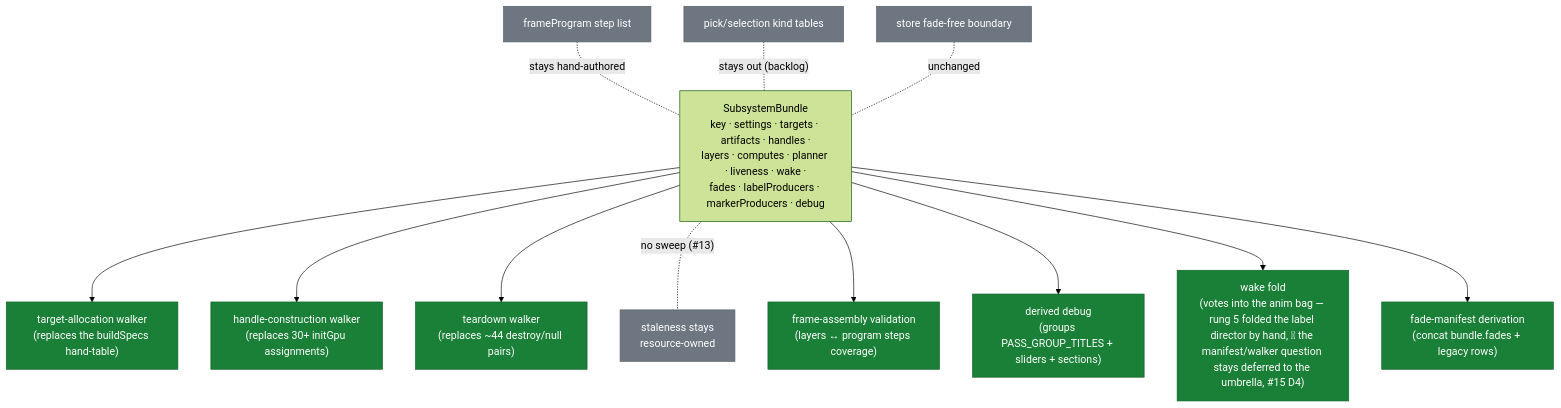
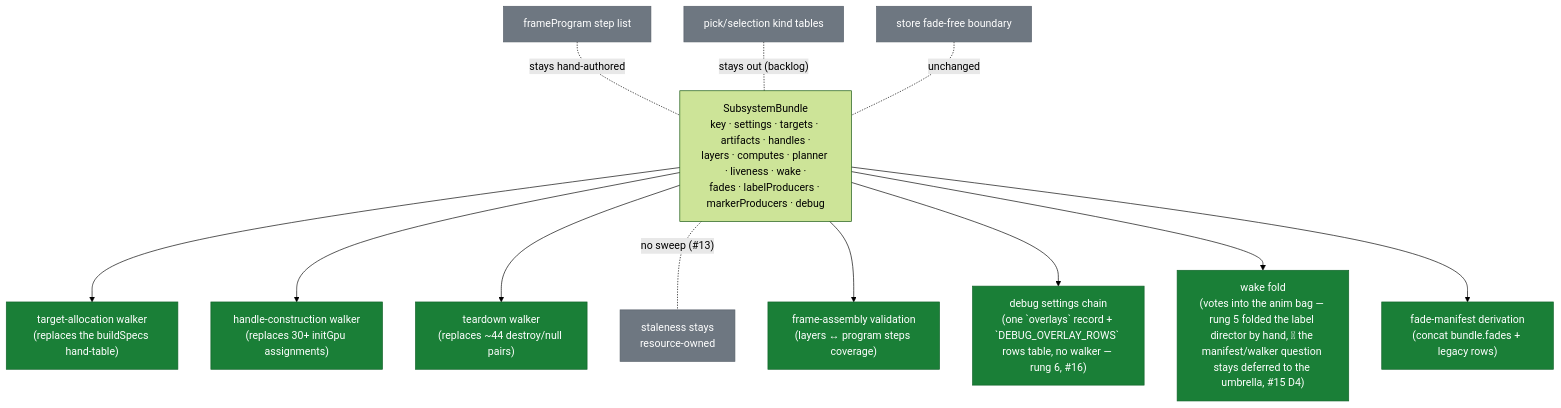
Before and after one commit to rulkens/skymap: the fifth of 5 diagrams in docs/research/engine/current-contracts-map.md, drawn with Mermaid (forest theme). The commit also changed other lines of this file and 2 other files, not shown here.

First line of the commit message:
docs(engine): rung-6 doc sweep — close the fieldStarSphere suspect, fix stale debug claims

````diff
--- a/docs/research/engine/current-contracts-map.md
+++ b/docs/research/engine/current-contracts-map.md
@@ -224,19 +224,19 @@
 ```mermaid
 flowchart TD
     B["SubsystemBundle<br/>key · settings · targets · artifacts · handles ·<br/>layers · computes · planner · liveness · wake ·<br/>fades · labelProducers · markerProducers · debug"]
     B --> W1["target-allocation walker<br/>(replaces the buildSpecs hand-table)"]
     B --> W2["handle-construction walker<br/>(replaces 30+ initGpu assignments)"]
     B --> W3["teardown walker<br/>(replaces ~44 destroy/null pairs)"]
     B -. no sweep (#13) .- W4["staleness stays<br/>resource-owned"]
     B --> W5["frame-assembly validation<br/>(layers ↔ program steps coverage)"]
-    B --> W6["derived debug<br/>(groups PASS_GROUP_TITLES + sliders + sections)"]
+    B --> W6["debug settings chain<br/>(one `overlays` record + `DEBUG_OVERLAY_ROWS` rows table, no walker — rung 6, #16)"]
     B --> W7["wake fold<br/>(votes into the anim bag — rung 5 folded the label director by hand, #15; the manifest/walker question stays deferred to the umbrella, #15 D4)"]
     B --> W8["fade-manifest derivation<br/>(concat bundle.fades + legacy rows)"]
     FPX["frameProgram step list"] -. stays hand-authored .- B
     PICKX["pick/selection kind tables"] -. stays out (backlog) .- B
     STOREX["store fade-free boundary"] -. unchanged .- B
     classDef good fill:#1a7f37,stroke:#116329,color:#ffffff
     classDef out fill:#6e7781,stroke:#57606a,color:#ffffff
     class W1,W2,W3,W5,W6,W7,W8 good
     class W4,FPX,PICKX,STOREX out
 ```
````
